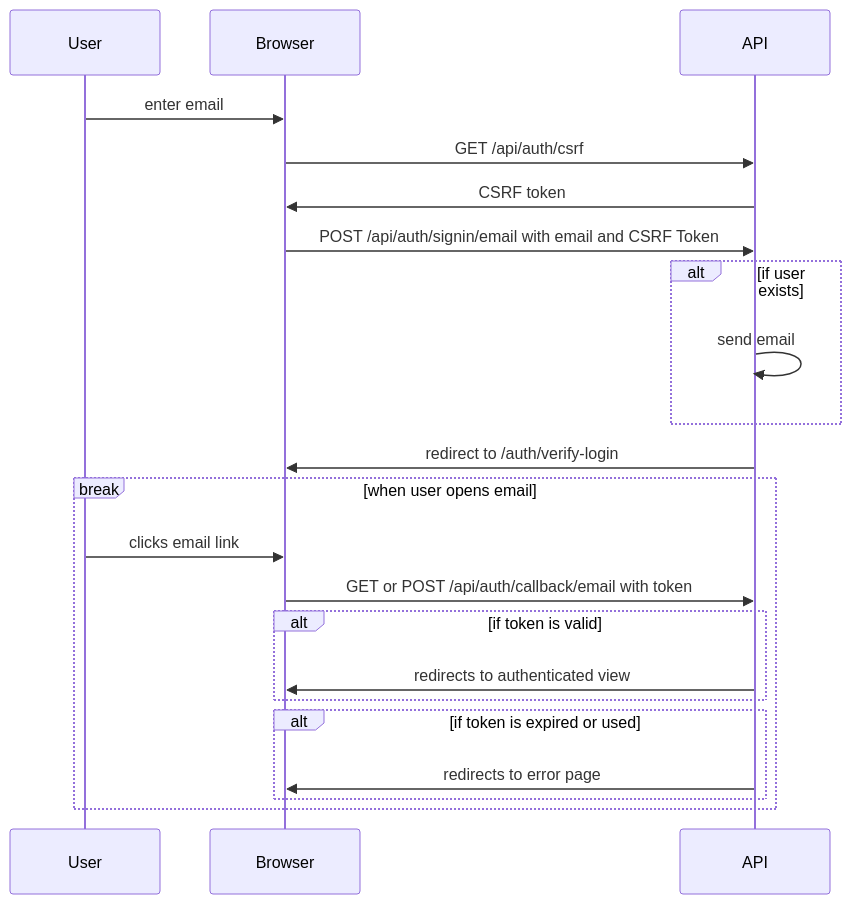
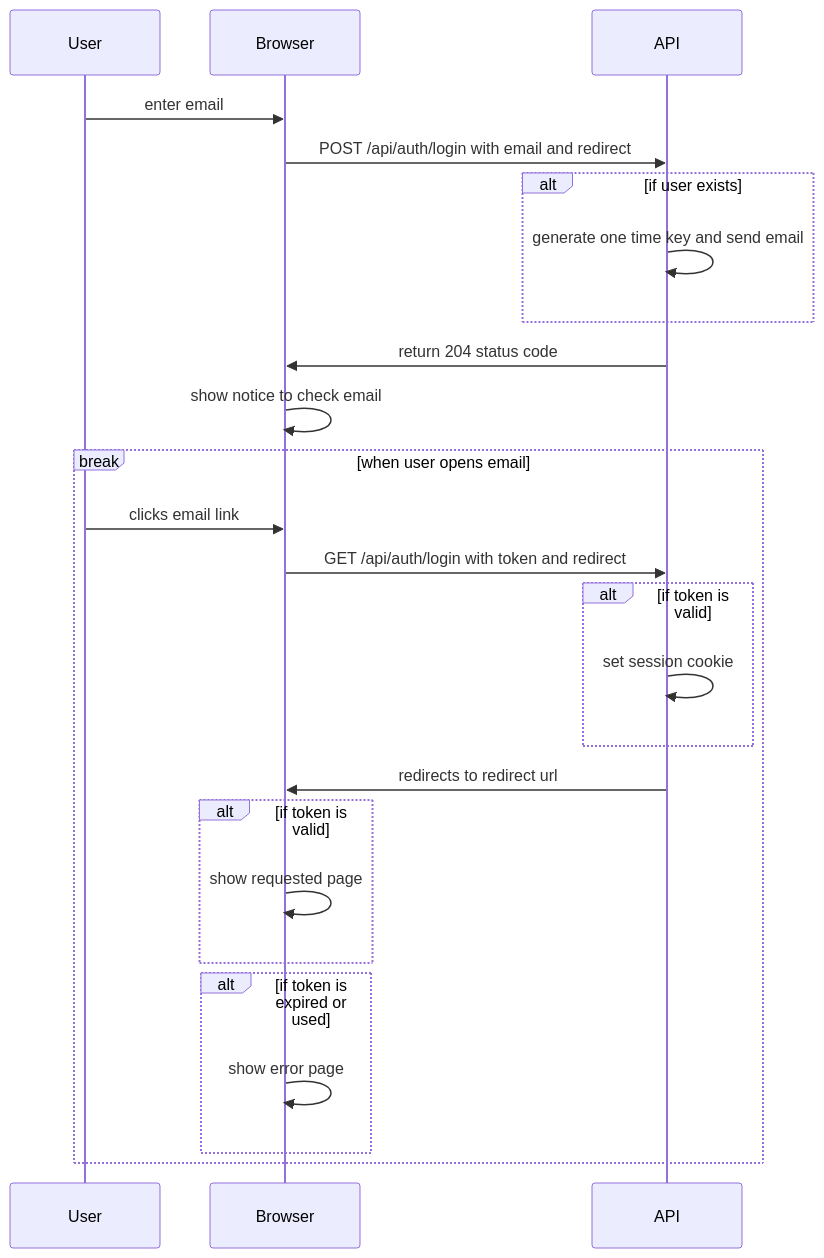
One commit to globalbibletools/gbt changed the diagram in docs/auth.md. Above: the diagram before and after it, drawn with Mermaid. The commit also changed other lines of this file and 1 other file, not shown here.

Commit message:
docs: update auth docs to reflect changes for lucia

````diff
--- a/docs/auth.md
+++ b/docs/auth.md
@@ -16,25 +14,30 @@
 ```mermaid
 sequenceDiagram
   User->>Browser: enter email
-  Browser->>API: GET /api/auth/csrf
-  API->>Browser: CSRF token
-  Browser->>API: POST /api/auth/signin/email with email and CSRF Token
+  Browser->>API: POST /api/auth/login with email and redirect
 
   alt if user exists
-    API->>API: send email
+    API->>API: generate one time key and send email
   end
 
-  API->>Browser: redirect to /auth/verify-login
+  API->>Browser: return 204 status code
+  Browser->>Browser: show notice to check email
 
   break when user opens email
     User->>Browser: clicks email link
-    Browser->>API: GET or POST /api/auth/callback/email with token
+    Browser->>API: GET /api/auth/login with token and redirect
 
     alt if token is valid
-      API->>Browser: redirects to authenticated view
+      API->>API: set session cookie
+    end
+
+    API->>Browser: redirects to redirect url
+
+    alt if token is valid
+      Browser->>Browser: show requested page
     end
     alt if token is expired or used
-      API->>Browser: redirects to error page
+      Browser->>Browser: show error page
     end
   end
 ```
````
